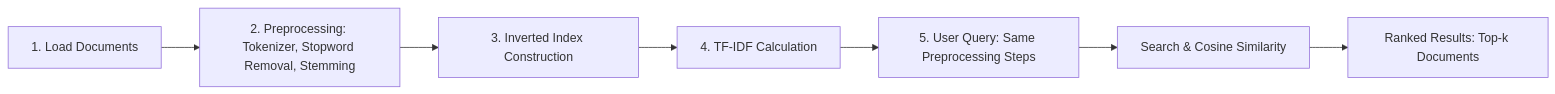
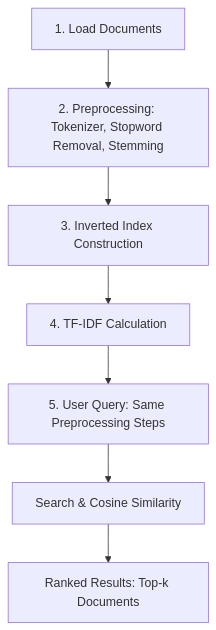
Before and after one commit to henihaddad/Vectorized-Information-Retrieval: the diagram in readme.md, drawn with Mermaid.

Commit message:
fix: readme TB instead of LR

````diff
--- a/readme.md
+++ b/readme.md
@@ -33,11 +33,11 @@
 ```mermaid
-flowchart LR
+flowchart TB
     A[1. Load Documents] --> B[2. Preprocessing: Tokenizer, Stopword Removal, Stemming]
     B --> C[3. Inverted Index Construction]
     C --> D[4. TF-IDF Calculation]
     D --> E[5. User Query: Same Preprocessing Steps]
     E --> F[Search & Cosine Similarity]
     F --> G[Ranked Results: Top-k Documents]
 
 
 ```
````
